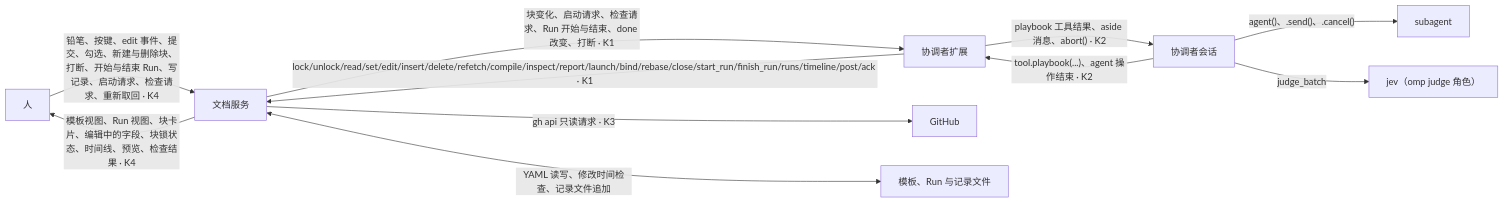
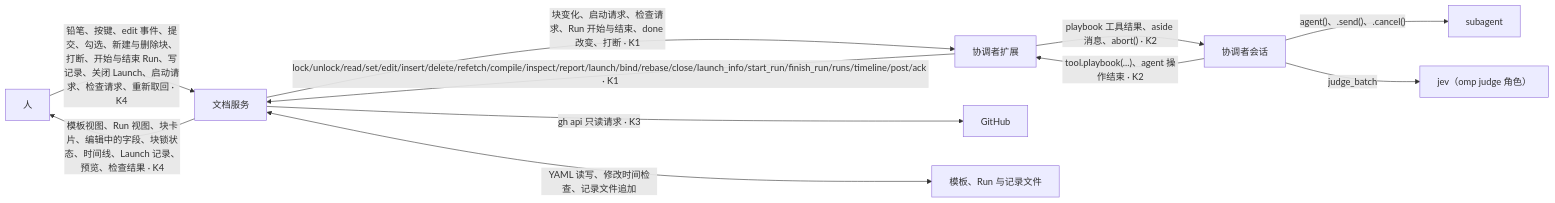
One commit to mouriya-s-lab/tern-playbooks changed the fourth of 4 diagrams in design/README.md. Above: the diagram before and after it, drawn with Mermaid. The commit also changed other lines of this file and 5 other files, not shown here.

Commit message:
design: close acceptance gaps in runs, launches, records and ownership

````diff
--- a/design/README.md
+++ b/design/README.md
@@ -289,13 +291,13 @@
 ```mermaid
 flowchart LR
-  Human["人"] -->|"铅笔、按键、edit 事件、提交、勾选、新建与删除块、打断、开始与结束 Run、写记录、启动请求、检查请求、重新取回 · K4"| DocSvc["文档服务"]
-  DocSvc -->|"模板视图、Run 视图、块卡片、编辑中的字段、块锁状态、时间线、预览、检查结果 · K4"| Human
-  Ext["协调者扩展"] -->|"lock/unlock/read/set/edit/insert/delete/refetch/compile/inspect/report/launch/bind/rebase/close/start_run/finish_run/runs/timeline/post/ack · K1"| DocSvc
+  Human["人"] -->|"铅笔、按键、edit 事件、提交、勾选、新建与删除块、打断、开始与结束 Run、写记录、关闭 Launch、启动请求、检查请求、重新取回 · K4"| DocSvc["文档服务"]
+  DocSvc -->|"模板视图、Run 视图、块卡片、编辑中的字段、块锁状态、时间线、Launch 记录、预览、检查结果 · K4"| Human
+  Ext["协调者扩展"] -->|"lock/unlock/read/set/edit/insert/delete/refetch/compile/inspect/report/launch/bind/rebase/close/launch_info/start_run/finish_run/runs/timeline/post/ack · K1"| DocSvc
   DocSvc -->|"块变化、启动请求、检查请求、Run 开始与结束、done 改变、打断 · K1"| Ext
   Ext -->|"playbook 工具结果、aside 消息、abort() · K2"| Coord["协调者会话"]
   Coord -->|"tool.playbook(...)、agent 操作结束 · K2"| Ext
   Coord -->|"agent()、.send()、.cancel()"| Sub["subagent"]
   Coord -->|"judge_batch"| Jev["jev（omp judge 角色）"]
   DocSvc -->|"gh api 只读请求 · K3"| GitHub["GitHub"]
   DocSvc <-->|"YAML 读写、修改时间检查、记录文件追加"| File["模板、Run 与记录文件"]
 ```
````
